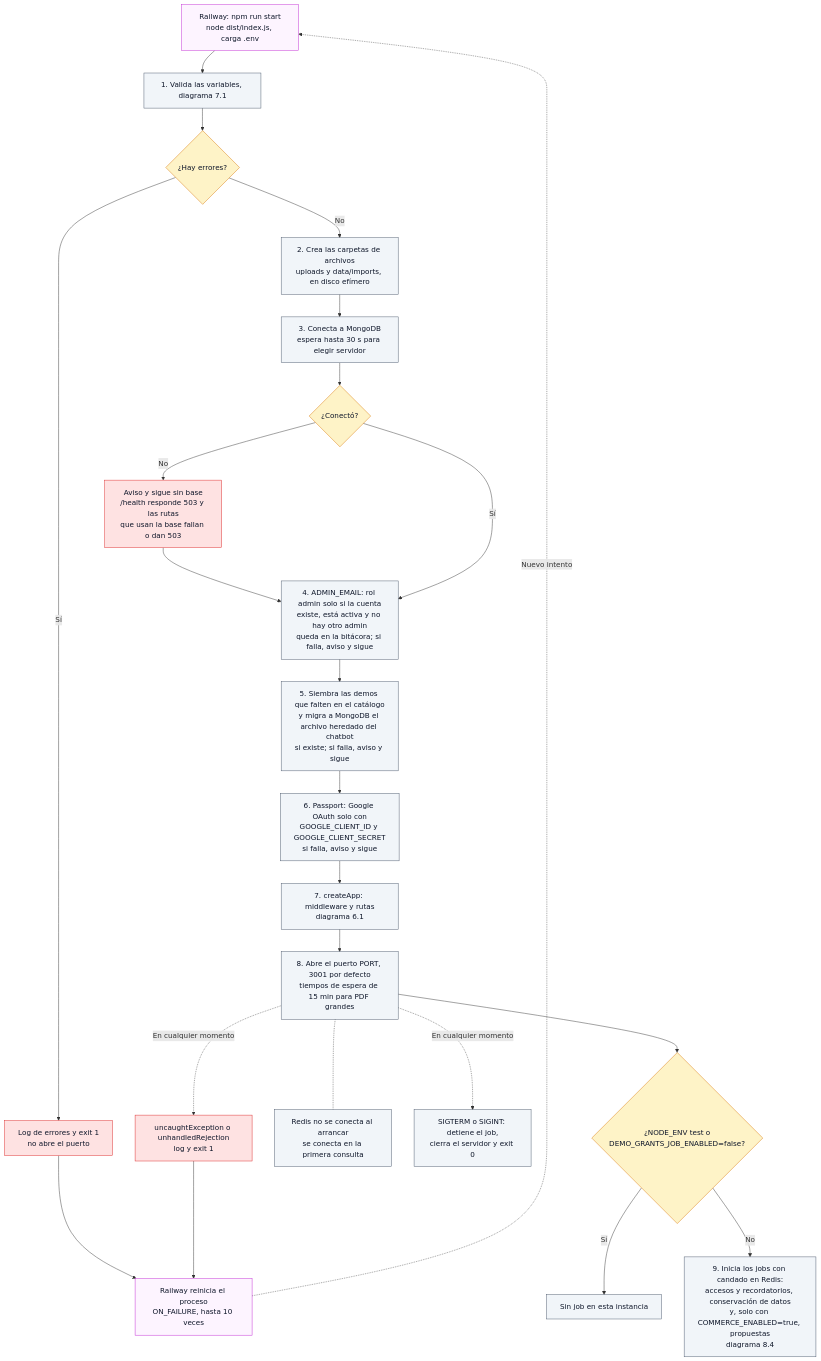
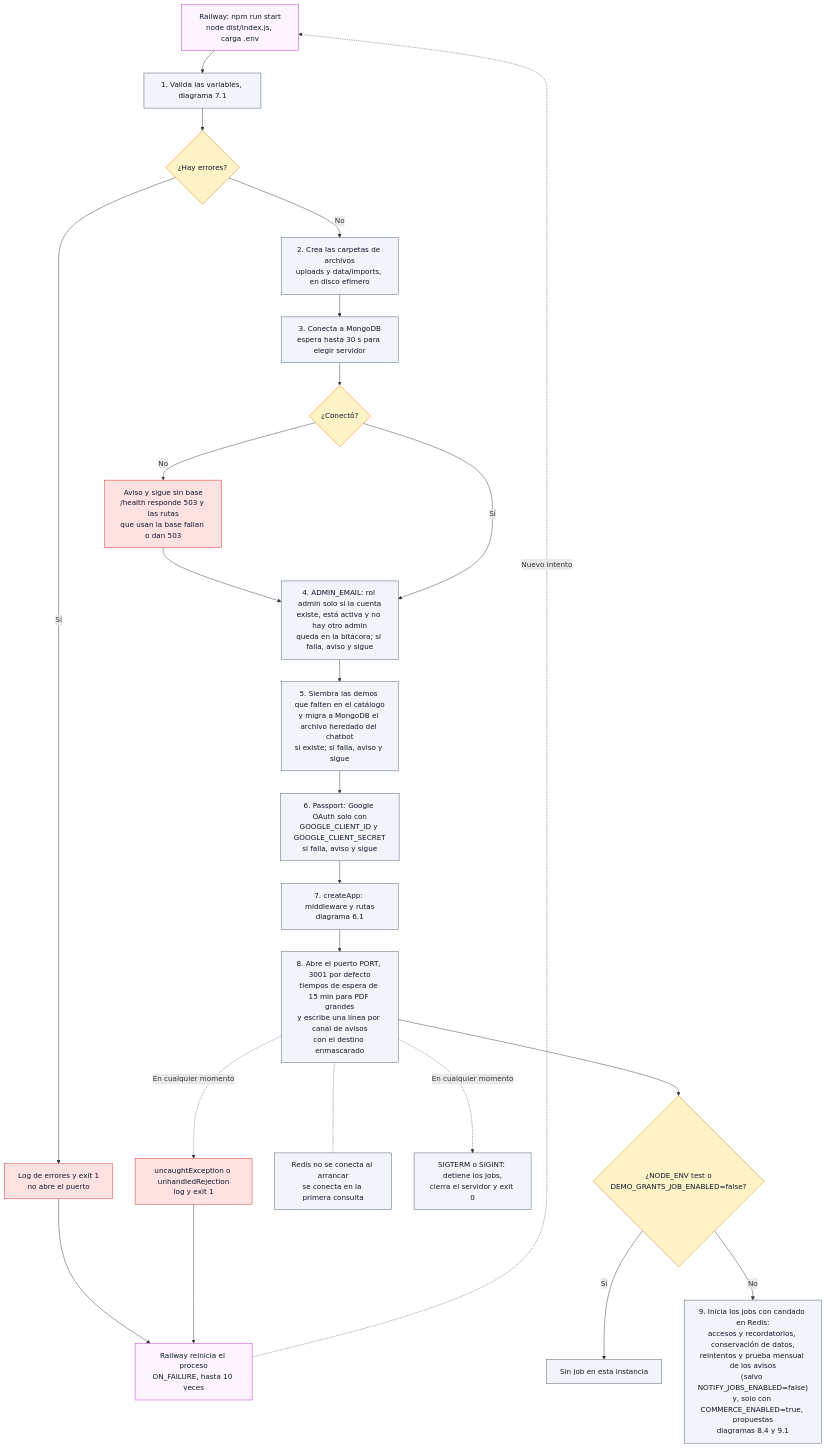
Before and after one commit to ronalc90/koptup: diagram 21 of 26 in docs/wiki/Doc-14-3-Flujos-Tecnicos.md, drawn with Mermaid. The commit also changed other lines of this file and 45 other files, not shown here.

````diff
--- a/docs/wiki/Doc-14-3-Flujos-Tecnicos.md
+++ b/docs/wiki/Doc-14-3-Flujos-Tecnicos.md
@@ -1305,45 +1308,45 @@
 ```mermaid
 flowchart TD
     classDef visitante fill:#dbeafe,stroke:#2563eb,color:#0f172a
     classDef sistema fill:#f1f5f9,stroke:#475569,color:#0f172a
     classDef admin fill:#f3e8ff,stroke:#9333ea,color:#0f172a
     classDef aviso fill:#dcfce7,stroke:#16a34a,color:#0f172a
     classDef decision fill:#fef3c7,stroke:#d97706,color:#0f172a
     classDef error fill:#fee2e2,stroke:#dc2626,color:#0f172a
     classDef externo fill:#fdf4ff,stroke:#c026d3,color:#0f172a
 
     S["Railway: npm run start<br/>node dist/index.js, carga .env"]:::externo
     E["1. Valida las variables, diagrama 7.1"]:::sistema
     Q1{"¿Hay errores?"}:::decision
     X["Log de errores y exit 1<br/>no abre el puerto"]:::error
     RR["Railway reinicia el proceso<br/>ON_FAILURE, hasta 10 veces"]:::externo
     D["2. Crea las carpetas de archivos<br/>uploads y data/imports, en disco efímero"]:::sistema
     M["3. Conecta a MongoDB<br/>espera hasta 30 s para elegir servidor"]:::sistema
     Q2{"¿Conectó?"}:::decision
     MW["Aviso y sigue sin base<br/>/health responde 503 y las rutas<br/>que usan la base fallan o dan 503"]:::error
     A["4. ADMIN_EMAIL: rol admin solo si la cuenta<br/>existe, está activa y no hay otro admin<br/>queda en la bitácora; si falla, aviso y sigue"]:::sistema
     C["5. Siembra las demos que falten en el catálogo<br/>y migra a MongoDB el archivo heredado del chatbot<br/>si existe; si falla, aviso y sigue"]:::sistema
     P["6. Passport: Google OAuth solo con<br/>GOOGLE_CLIENT_ID y GOOGLE_CLIENT_SECRET<br/>si falla, aviso y sigue"]:::sistema
     AP["7. createApp: middleware y rutas<br/>diagrama 6.1"]:::sistema
-    L["8. Abre el puerto PORT, 3001 por defecto<br/>tiempos de espera de 15 min para PDF grandes"]:::sistema
+    L["8. Abre el puerto PORT, 3001 por defecto<br/>tiempos de espera de 15 min para PDF grandes<br/>y escribe una línea por canal de avisos<br/>con el destino enmascarado"]:::sistema
     J{"¿NODE_ENV test o<br/>DEMO_GRANTS_JOB_ENABLED=false?"}:::decision
-    J1["9. Inicia los jobs con candado en Redis:<br/>accesos y recordatorios, conservación de datos<br/>y, solo con COMMERCE_ENABLED=true, propuestas<br/>diagrama 8.4"]:::sistema
+    J1["9. Inicia los jobs con candado en Redis:<br/>accesos y recordatorios, conservación de datos,<br/>reintentos y prueba mensual de los avisos<br/>(salvo NOTIFY_JOBS_ENABLED=false)<br/>y, solo con COMMERCE_ENABLED=true, propuestas<br/>diagramas 8.4 y 9.1"]:::sistema
     J0["Sin job en esta instancia"]:::sistema
     RD["Redis no se conecta al arrancar<br/>se conecta en la primera consulta"]:::sistema
-    SG["SIGTERM o SIGINT: detiene el job,<br/>cierra el servidor y exit 0"]:::sistema
+    SG["SIGTERM o SIGINT: detiene los jobs,<br/>cierra el servidor y exit 0"]:::sistema
     CR["uncaughtException o unhandledRejection<br/>log y exit 1"]:::error
 
     S --> E --> Q1
     Q1 -->|Sí| X --> RR
     RR -.->|Nuevo intento| S
     Q1 -->|No| D --> M --> Q2
     Q2 -->|No| MW --> A
     Q2 -->|Sí| A
     A --> C --> P --> AP --> L --> J
     J -->|Sí| J0
     J -->|No| J1
     L -.- RD
     L -.->|En cualquier momento| SG
     L -.->|En cualquier momento| CR
     CR --> RR
 ```
````
